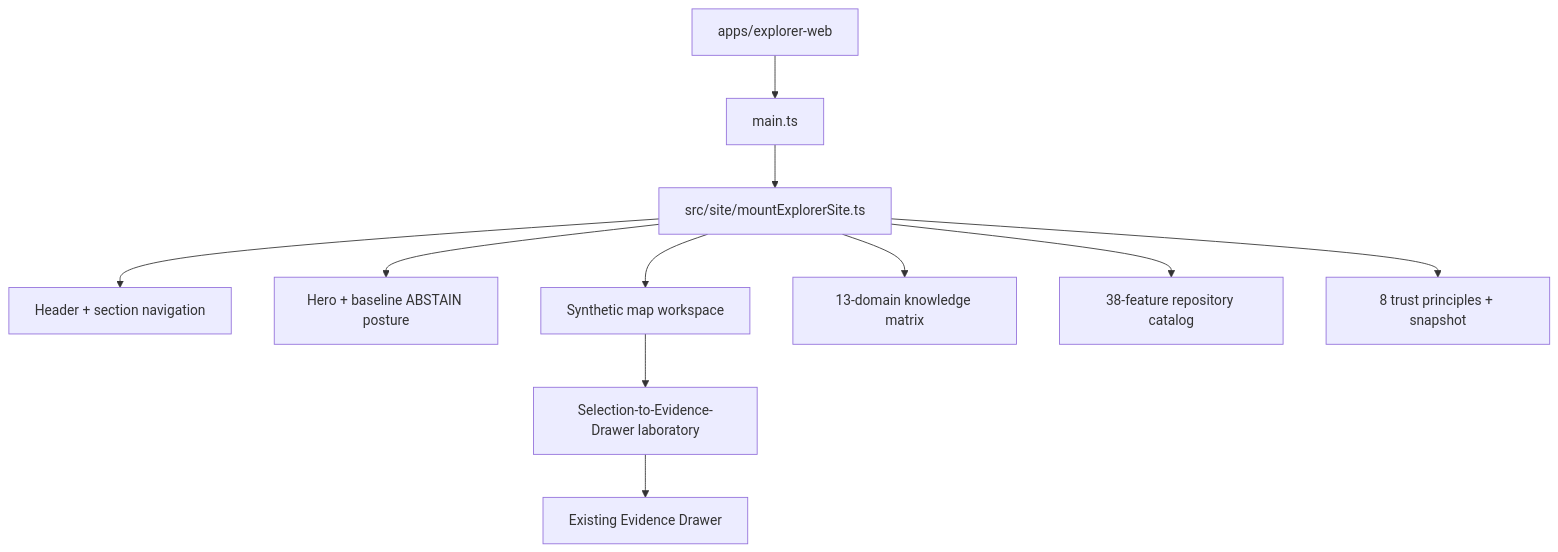
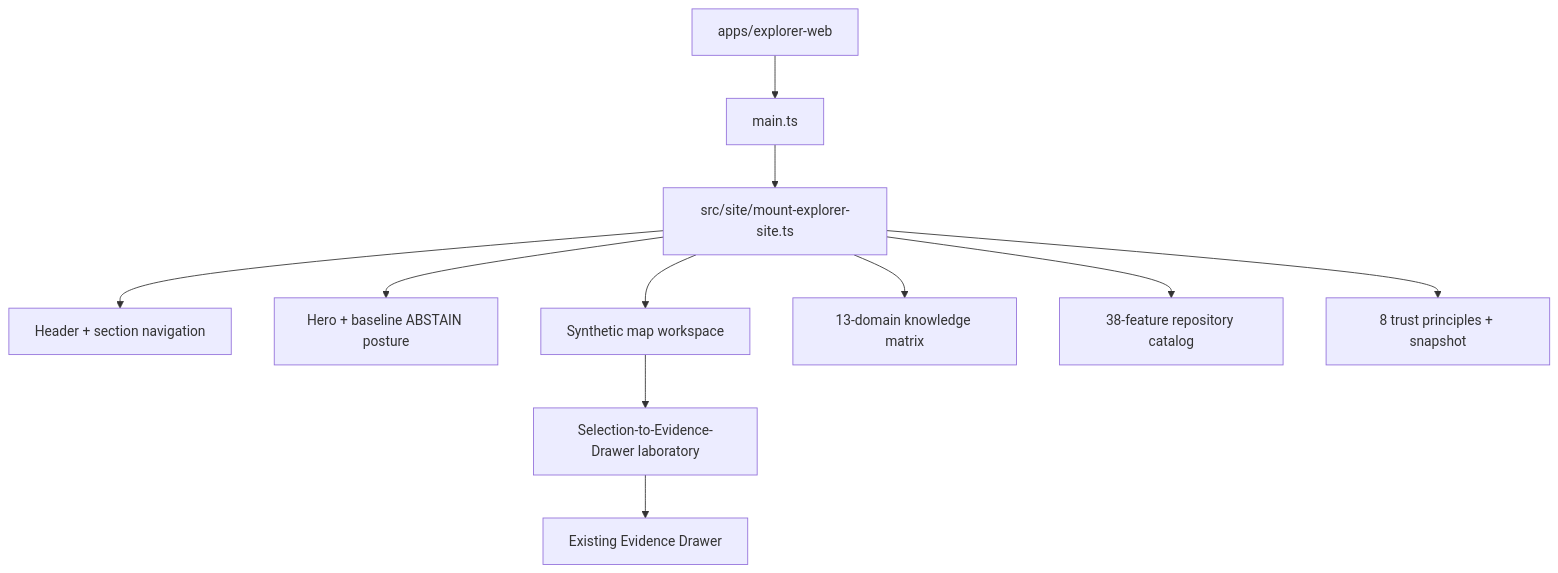
The third of 3 diagrams in docs/architecture/map-shell.md (bartytime4life/Kansas-Frontier-Matrix), drawn with Mermaid before and after one commit. The commit also changed other lines of this file and 28 other files, not shown here.

````diff
--- a/docs/architecture/map-shell.md
+++ b/docs/architecture/map-shell.md
@@ -362,13 +362,13 @@
 ```mermaid
 flowchart TB
   APP["apps/explorer-web"] --> ENTRY["main.ts"]
-  ENTRY --> SITE["src/site/mountExplorerSite.ts"]
+  ENTRY --> SITE["src/site/mount-explorer-site.ts"]
   SITE --> HEADER["Header + section navigation"]
   SITE --> HERO["Hero + baseline ABSTAIN posture"]
   SITE --> MAP["Synthetic map workspace"]
   MAP --> LAB["Selection-to-Evidence-Drawer laboratory"]
   SITE --> KNOW["13-domain knowledge matrix"]
   SITE --> CATALOG["38-feature repository catalog"]
   SITE --> TRUST["8 trust principles + snapshot"]
   LAB --> DRAWER["Existing Evidence Drawer"]
 ```
````
